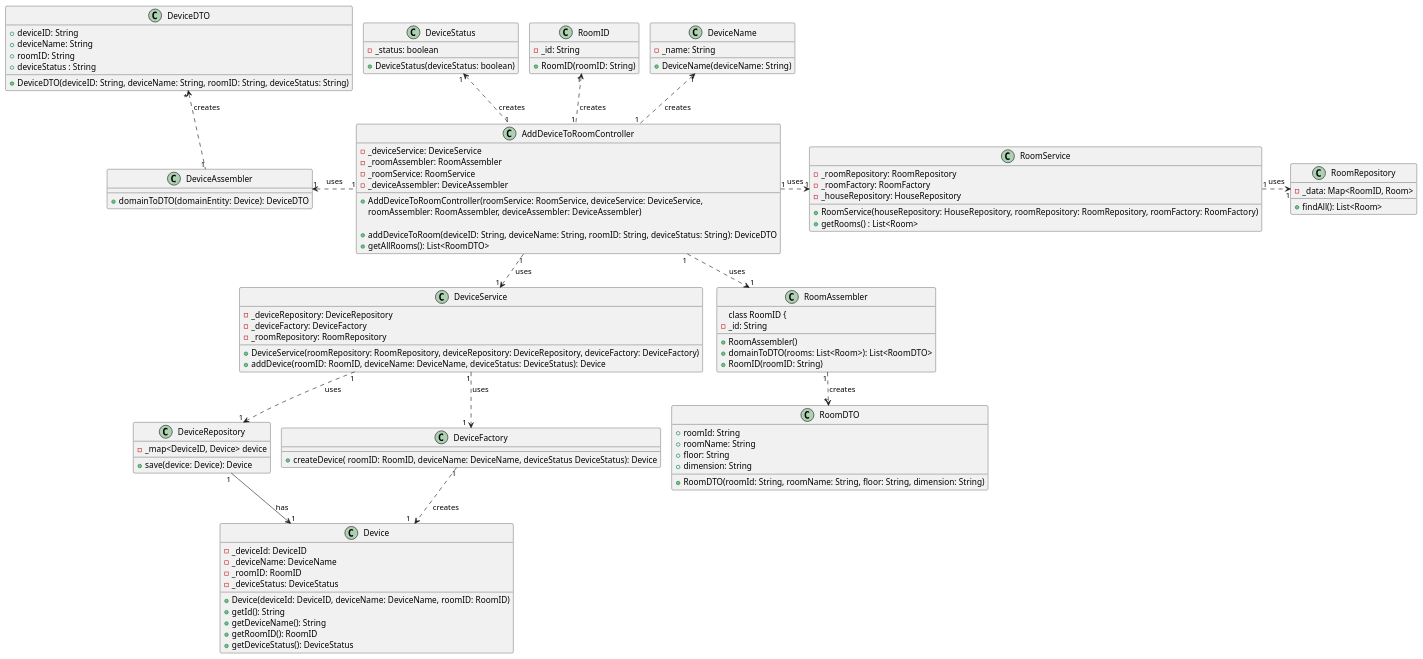
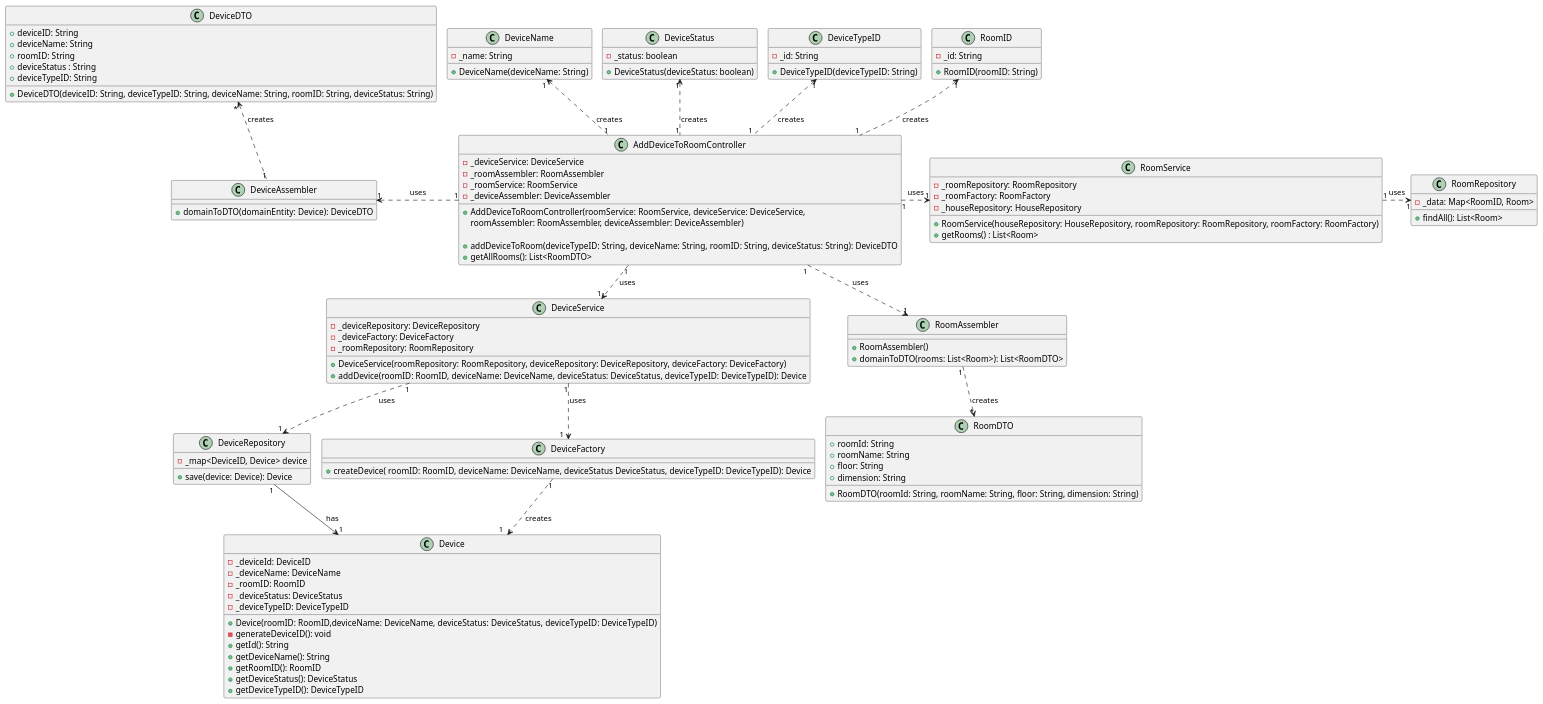
Before and after one commit to olivDiogo/SmartHome: the diagram in docs/userStories/us05/artifacts/US05CD.puml, drawn with PlantUML. The commit also changed 1 other file, not shown here.

Commit message:
#124 #123 [UPDATE] - addition of DeviceTypeID

```diff
--- a/docs/userStories/us05/artifacts/US05CD.puml
+++ b/docs/userStories/us05/artifacts/US05CD.puml
@@ -1,119 +1,124 @@
 @startuml
 !pragma layout smetana
 
 class Device {
   - _deviceId: DeviceID
   - _deviceName: DeviceName
   - _roomID: RoomID
   - _deviceStatus: DeviceStatus
-  + Device(deviceId: DeviceID, deviceName: DeviceName, roomID: RoomID)
+  - _deviceTypeID: DeviceTypeID
+
+  + Device(roomID: RoomID,deviceName: DeviceName, deviceStatus: DeviceStatus, deviceTypeID: DeviceTypeID)
+  - generateDeviceID(): void
   + getId(): String
   + getDeviceName(): String
   + getRoomID(): RoomID
   + getDeviceStatus(): DeviceStatus
-
+  + getDeviceTypeID(): DeviceTypeID
   }
 
 class DeviceFactory {
-  + createDevice( roomID: RoomID, deviceName: DeviceName, deviceStatus DeviceStatus): Device
+  + createDevice( roomID: RoomID, deviceName: DeviceName, deviceStatus DeviceStatus, deviceTypeID: DeviceTypeID): Device
   }
 
 class DeviceRepository {
   - _map<DeviceID, Device> device
   + save(device: Device): Device
   }
 class DeviceService {
   - _deviceRepository: DeviceRepository
   - _deviceFactory: DeviceFactory
   - _roomRepository: RoomRepository
     + DeviceService(roomRepository: RoomRepository, deviceRepository: DeviceRepository, deviceFactory: DeviceFactory)
-  + addDevice(roomID: RoomID, deviceName: DeviceName, deviceStatus: DeviceStatus): Device
+  + addDevice(roomID: RoomID, deviceName: DeviceName, deviceStatus: DeviceStatus, deviceTypeID: DeviceTypeID): Device
   }
 
  class RoomService{
   - _roomRepository: RoomRepository
   - _roomFactory: RoomFactory
   - _houseRepository: HouseRepository
   + RoomService(houseRepository: HouseRepository, roomRepository: RoomRepository, roomFactory: RoomFactory)
   + getRooms() : List<Room>
   }
 
 class RoomRepository {
   - _data: Map<RoomID, Room>
   + findAll(): List<Room>
   }
 
 class RoomAssembler {
     +RoomAssembler()
     +domainToDTO(rooms: List<Room>): List<RoomDTO>
+    }
 
 
 class RoomID {
   - _id: String
   + RoomID(roomID: String)
   }
 
 class DeviceName {
   - _name: String
   + DeviceName(deviceName: String)
   }
 
 class DeviceStatus {
   - _status: boolean
   + DeviceStatus(deviceStatus: boolean)
   }
-
-class RoomID {
+class DeviceTypeID {
   - _id: String
-  + RoomID(roomID: String)
+  + DeviceTypeID(deviceTypeID: String)
   }
 
 class RoomDTO {
     + roomId: String
     + roomName: String
     + floor: String
     + dimension: String
     + RoomDTO(roomId: String, roomName: String, floor: String, dimension: String)
 }
 
 class AddDeviceToRoomController {
   - _deviceService: DeviceService
   - _roomAssembler: RoomAssembler
   - _roomService: RoomService
   - _deviceAssembler: DeviceAssembler
   + AddDeviceToRoomController(roomService: RoomService, deviceService: DeviceService,
    roomAssembler: RoomAssembler, deviceAssembler: DeviceAssembler)
 
-  + addDeviceToRoom(deviceID: String, deviceName: String, roomID: String, deviceStatus: String): DeviceDTO
+  + addDeviceToRoom(deviceTypeID: String, deviceName: String, roomID: String, deviceStatus: String): DeviceDTO
   + getAllRooms(): List<RoomDTO>
   }
 class DeviceDTO {
 + deviceID: String
 + deviceName: String
 + roomID: String
 + deviceStatus : String
-+ DeviceDTO(deviceID: String, deviceName: String, roomID: String, deviceStatus: String)
++ deviceTypeID: String
++ DeviceDTO(deviceID: String, deviceTypeID: String, deviceName: String, roomID: String, deviceStatus: String)
 }
 class DeviceAssembler{
   + domainToDTO(domainEntity: Device): DeviceDTO
   }
 
 
 DeviceRepository "1" -down-> "1" Device: has
 DeviceService "1".down.>"1  " DeviceFactory: uses
 AddDeviceToRoomController "1".left.>"1" DeviceAssembler: uses
 DeviceService "1".down.>"1" DeviceRepository: uses
 RoomService "1".right.>"1" RoomRepository: uses
 DeviceFactory "1".down.>"1  " Device: creates
 AddDeviceToRoomController "1".down.>"1" DeviceService: uses
 AddDeviceToRoomController "1".right.>"1" RoomService: uses
 DeviceAssembler "1".up.> "*" DeviceDTO: creates
 AddDeviceToRoomController "1".down.>"1" RoomAssembler: uses
 RoomAssembler "1".down.>"*" RoomDTO: creates
 AddDeviceToRoomController "1".up.>"1" RoomID: creates
 AddDeviceToRoomController "1".up.>"1" DeviceName: creates
 AddDeviceToRoomController "1".up.>"1" DeviceStatus: creates
+AddDeviceToRoomController "1".up.>"1" DeviceTypeID: creates
 
 
 
 @enduml
```
